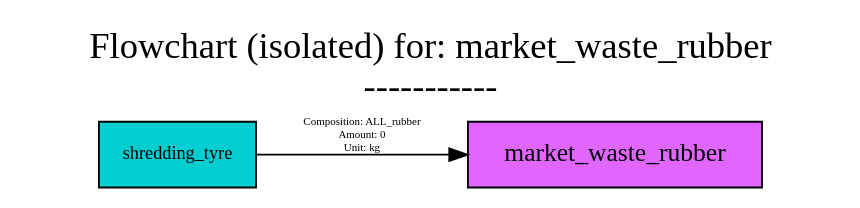
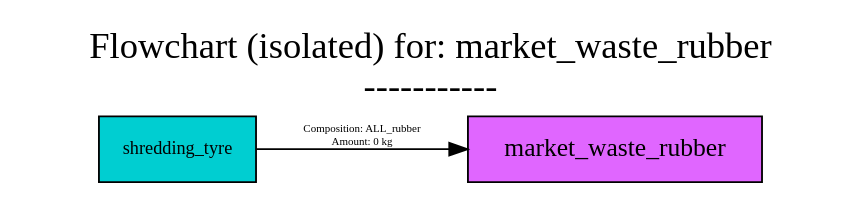
One commit to FutuRaM-Project/Recovery-Model changed the diagram in src/examples/ELV/figures/flowcharts/processes/dot/market_waste_rubber.dot. Above: the diagram before and after it, drawn with Graphviz. The commit also changed 177 other files, not shown here.

```diff
--- a/src/examples/ELV/figures/flowcharts/processes/dot/market_waste_rubber.dot
+++ b/src/examples/ELV/figures/flowcharts/processes/dot/market_waste_rubber.dot
@@ -1,42 +1,41 @@
 digraph {
-	graph [bb="0,0,407,91",
+	graph [bb="0,0,407,88",
 		font=Cabin,
 		fontname=Cabin,
 		fontsize=20,
 		label="Flowchart (isolated) for: market_waste_rubber
 -----------",
 		labeljust=c,
 		labelloc=tc,
 		lheight=0.61,
-		lp="203.5,65",
+		lp="203.5,62",
 		lwidth=5.43,
 		nodesep=0.6,
 		rankdir=LR,
 		ranksep=0.6
 	];
 	node [label="\N"];
 	market_waste_rubber	[fillcolor=mediumorchid1,
 		fontname=Cabin,
 		fontsize=14,
 		height=0.5,
 		pos="298,18",
 		shape=box,
 		style=filled,
 		width=2.0556];
 	shredding_tyre	[fillcolor=darkturquoise,
 		fontname=Cabin,
 		fontsize=10,
 		height=0.5,
 		pos="75,18",
 		shape=box,
 		style=filled,
 		width=1.1111];
 	shredding_tyre -> market_waste_rubber	[color=black,
 		fontname=Cabin,
 		fontsize=6,
 		label="Composition: ALL_rubber
-Amount: 0 
-Unit: kg",
-		lp="169.5,28.5",
+Amount: 0 kg",
+		lp="169.5,25",
 		pos="e,223.56,18 115,18 142.18,18 179.47,18 213.22,18"];
 }
```
